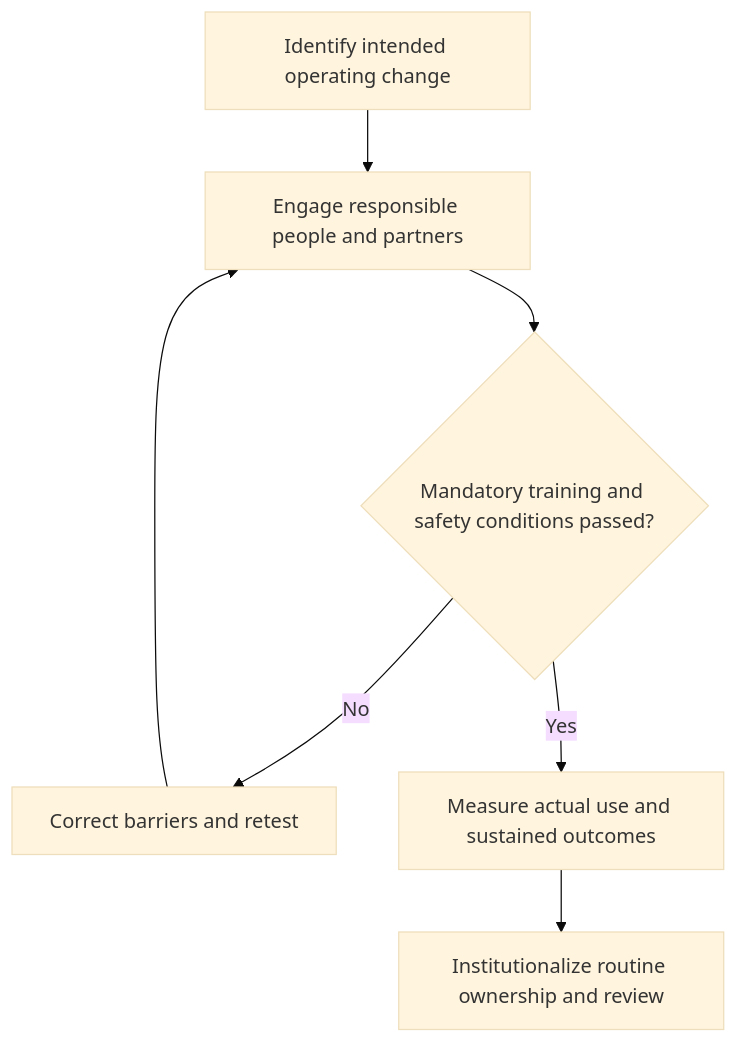
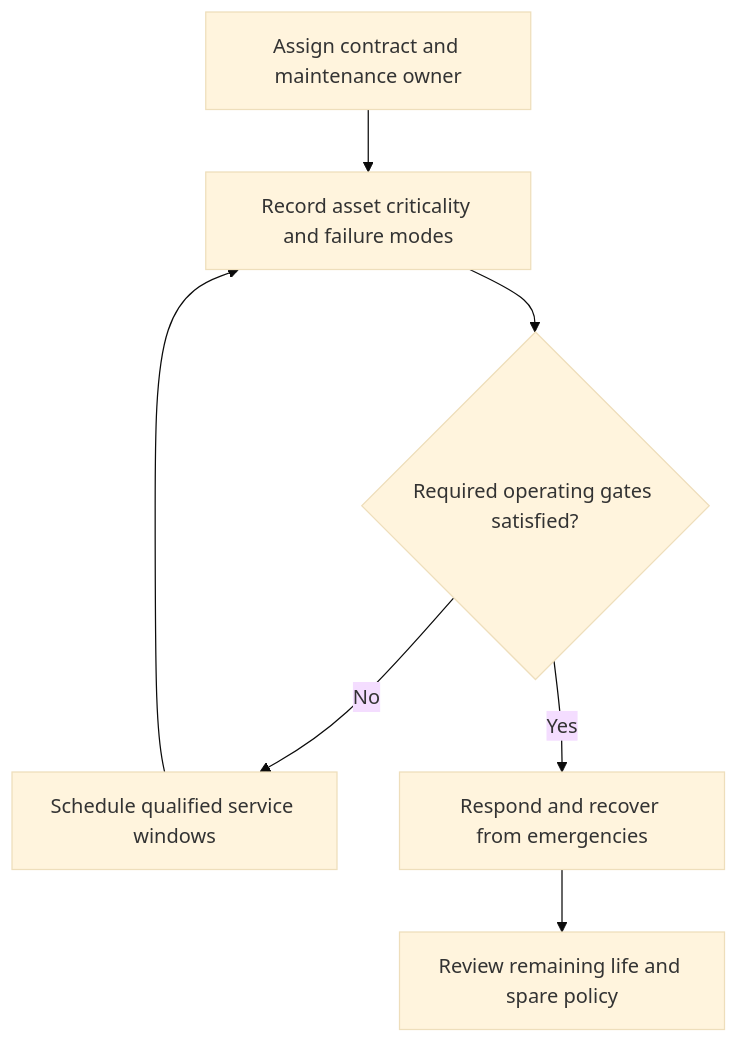
One commit to theleanx/SupplyChain-Design-Notes changed the diagram in 08-optimization-sustainability-technology/section-c-technology-trends/18-technology-maintenance-support-and-lifecycle-renewal.md. Above: the diagram before and after it, drawn with Mermaid (base theme). The commit also changed other lines of this file and 8 other files, not shown here.

Commit message:
refactor(module8): make C10-C18 decision logic, Mermaid, and practitioner notes topic-specific

````diff
--- a/08-optimization-sustainability-technology/section-c-technology-trends/18-technology-maintenance-support-and-lifecycle-renewal.md
+++ b/08-optimization-sustainability-technology/section-c-technology-trends/18-technology-maintenance-support-and-lifecycle-renewal.md
@@ -40,9 +40,9 @@
 ```mermaid
 flowchart TD
-    A[Identify intended operating change] --> B[Engage responsible people and partners]
-    B --> C{Mandatory training and safety conditions passed?}
-    C -- No --> D[Correct barriers and retest]
+    A[Assign contract and maintenance owner] --> B[Record asset criticality and failure modes]
+    B --> C{Required operating gates satisfied?}
+    C -- No --> D[Schedule qualified service windows]
     D --> B
-    C -- Yes --> E[Measure actual use and sustained outcomes]
-    E --> F[Institutionalize routine ownership and review]
+    C -- Yes --> E[Respond and recover from emergencies]
+    E --> F[Review remaining life and spare policy]
 ```
````
